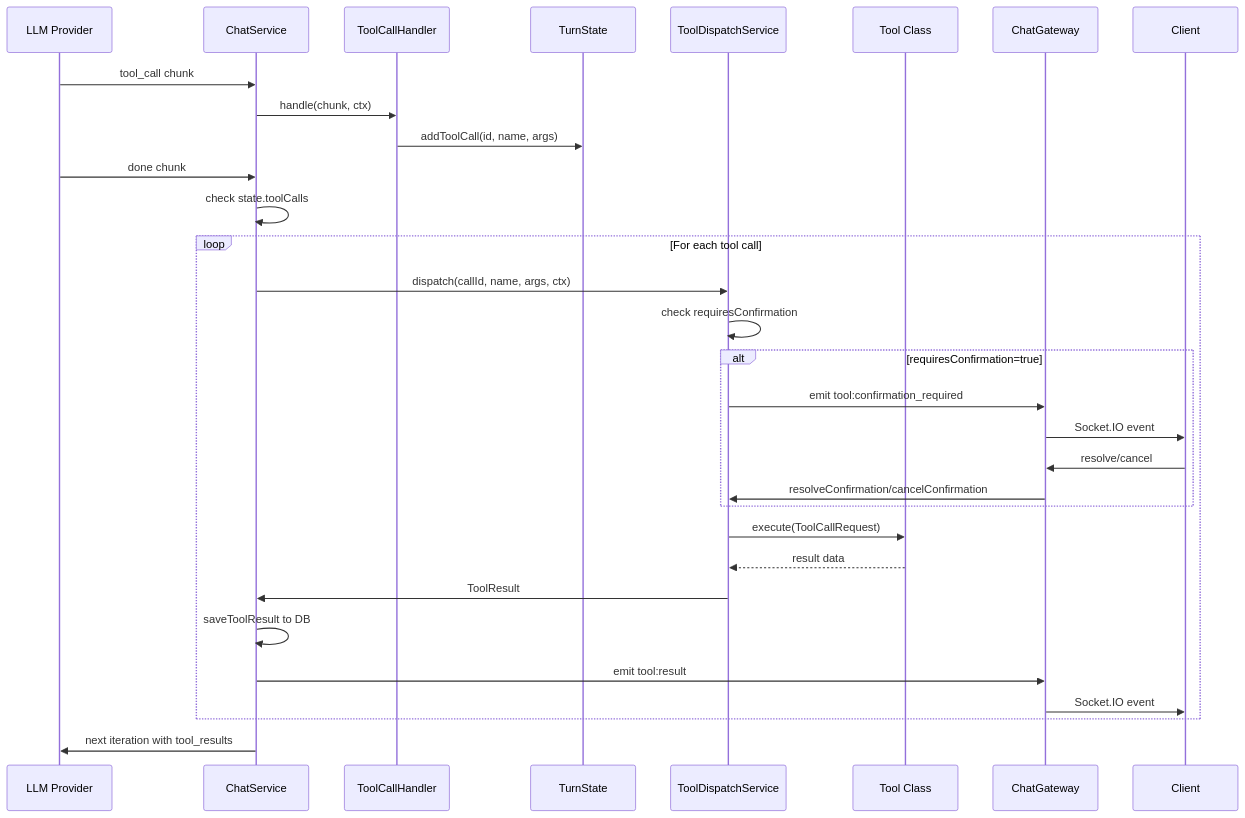
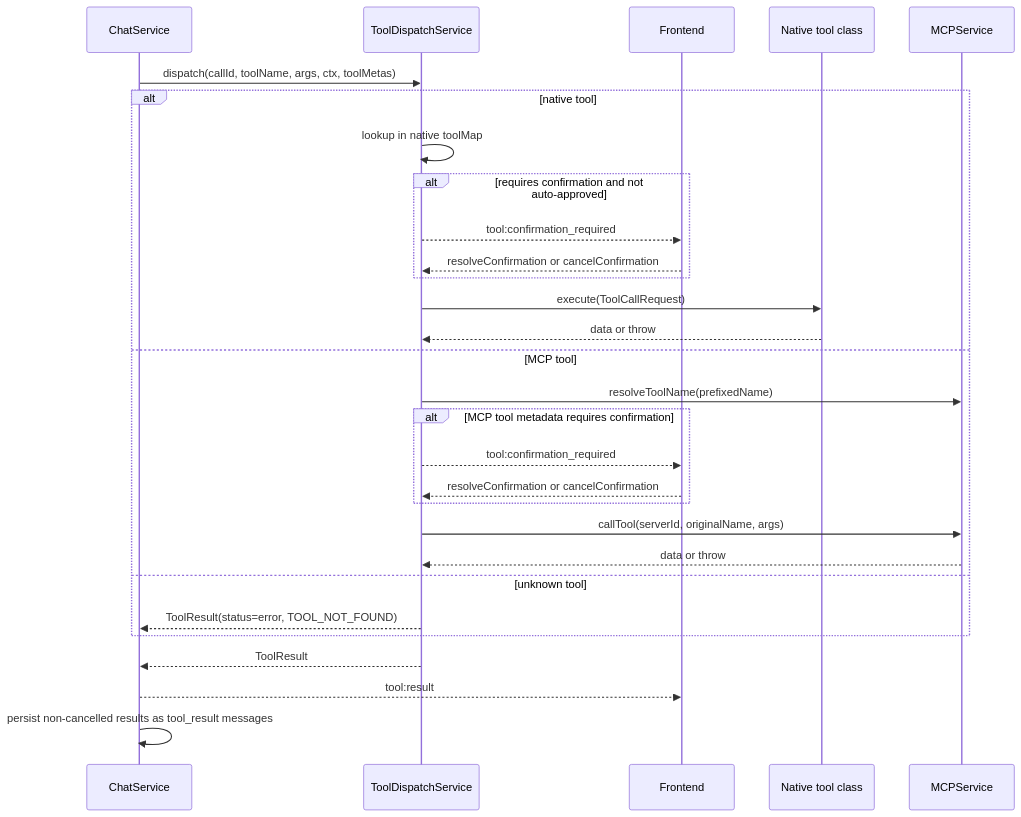
Before and after one commit to Radomiej/kalio-forever: the second of 3 diagrams in docs/tool-architecture.md, drawn with Mermaid. The commit also changed other lines of this file and 10 other files, not shown here.

First line of the commit message:
refactor: Update tool architecture documentation and add application architecture overview

````diff
--- a/docs/tool-architecture.md
+++ b/docs/tool-architecture.md
@@ -102,34 +93,34 @@
 ```mermaid
 sequenceDiagram
-    participant LLM as LLM Provider
     participant Chat as ChatService
-    participant Handler as ToolCallHandler
-    participant State as TurnState
     participant Dispatch as ToolDispatchService
-    participant Tool as Tool Class
-    participant Gateway as ChatGateway
-    participant Client as Client
+    participant FE as Frontend
+    participant Native as Native tool class
+    participant MCP as MCPService
 
-    LLM->>Chat: tool_call chunk
-    Chat->>Handler: handle(chunk, ctx)
-    Handler->>State: addToolCall(id, name, args)
-    LLM->>Chat: done chunk
-    Chat->>Chat: check state.toolCalls
-    loop For each tool call
-        Chat->>Dispatch: dispatch(callId, name, args, ctx)
-        Dispatch->>Dispatch: check requiresConfirmation
-        alt requiresConfirmation=true
-            Dispatch->>Gateway: emit tool:confirmation_required
-            Gateway->>Client: Socket.IO event
-            Client->>Gateway: resolve/cancel
-            Gateway->>Dispatch: resolveConfirmation/cancelConfirmation
+    Chat->>Dispatch: dispatch(callId, toolName, args, ctx, toolMetas)
+
+    alt native tool
+        Dispatch->>Dispatch: lookup in native toolMap
+        alt requires confirmation and not auto-approved
+            Dispatch-->>FE: tool:confirmation_required
+            FE-->>Dispatch: resolveConfirmation or cancelConfirmation
         end
-        Dispatch->>Tool: execute(ToolCallRequest)
-        Tool-->>Dispatch: result data
-        Dispatch->>Chat: ToolResult
-        Chat->>Chat: saveToolResult to DB
-        Chat->>Gateway: emit tool:result
-        Gateway->>Client: Socket.IO event
+        Dispatch->>Native: execute(ToolCallRequest)
+        Native-->>Dispatch: data or throw
+    else MCP tool
+        Dispatch->>MCP: resolveToolName(prefixedName)
+        alt MCP tool metadata requires confirmation
+            Dispatch-->>FE: tool:confirmation_required
+            FE-->>Dispatch: resolveConfirmation or cancelConfirmation
+        end
+        Dispatch->>MCP: callTool(serverId, originalName, args)
+        MCP-->>Dispatch: data or throw
+    else unknown tool
+        Dispatch-->>Chat: ToolResult(status=error, TOOL_NOT_FOUND)
     end
-    Chat->>LLM: next iteration with tool_results
+
+    Dispatch-->>Chat: ToolResult
+    Chat-->>FE: tool:result
+    Chat->>Chat: persist non-cancelled results as tool_result messages
 ```
````
